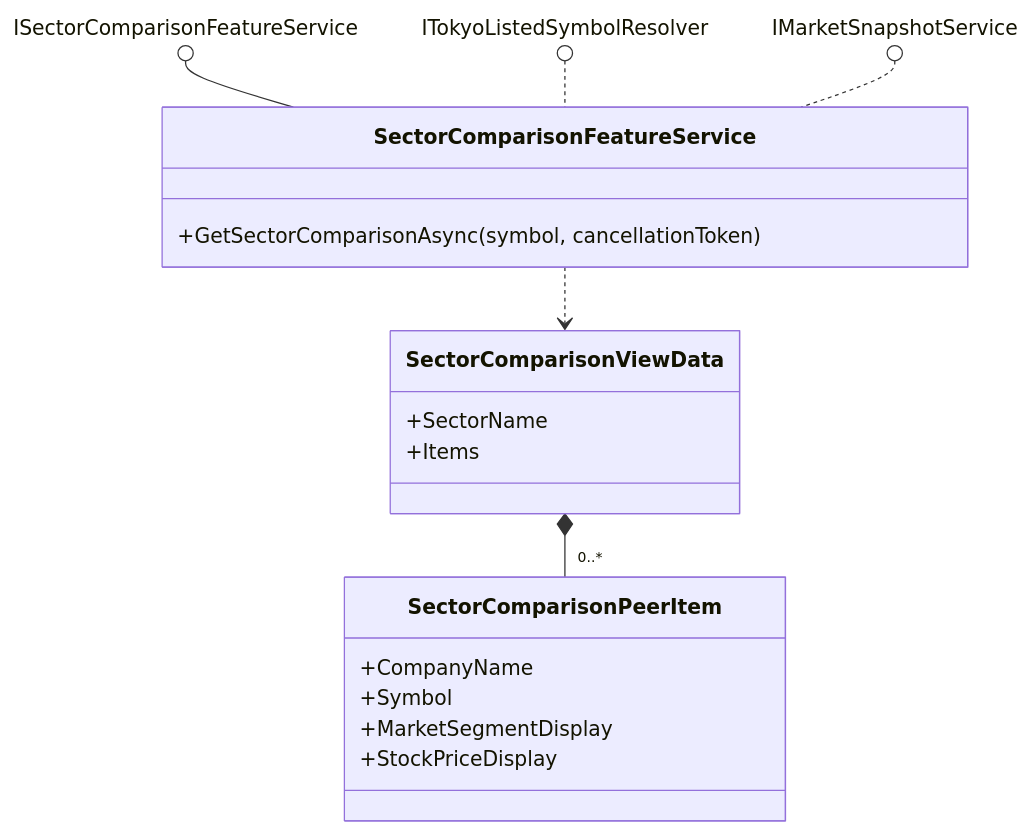
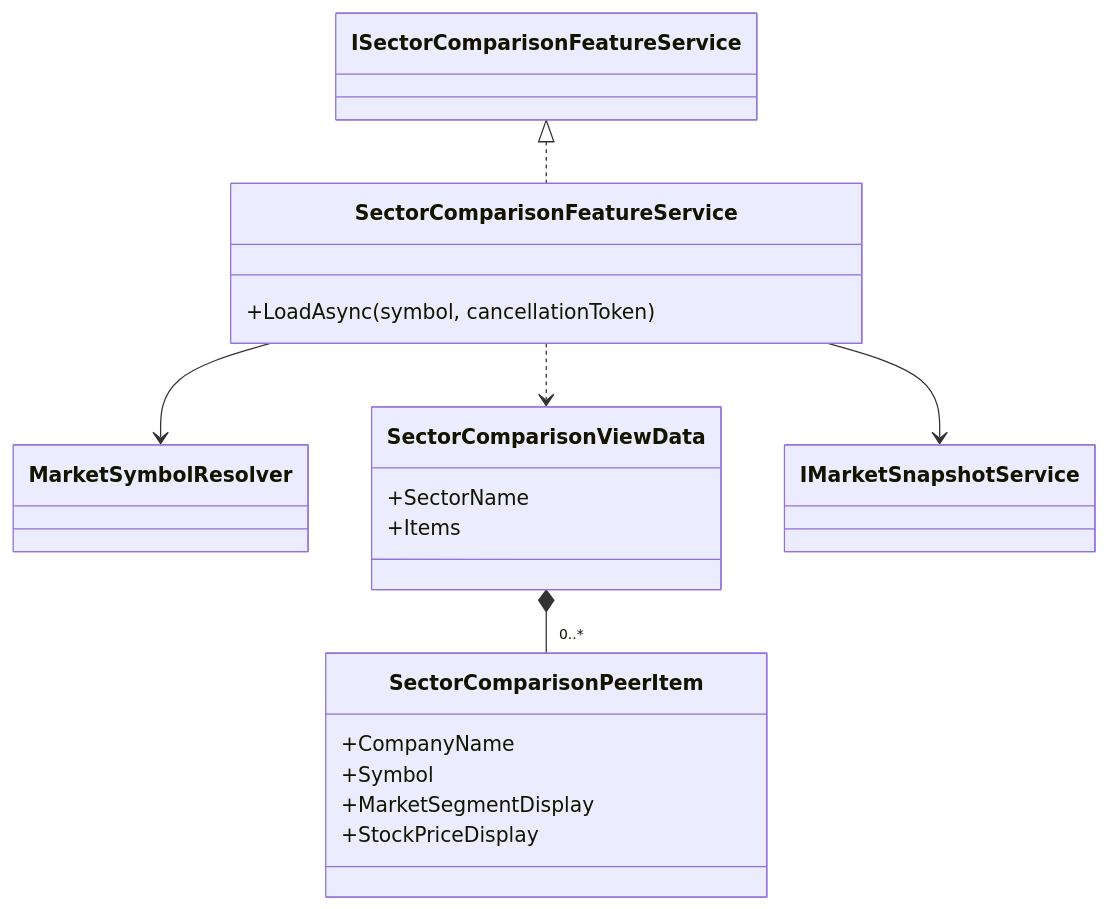
Diagram 17 of 29 in docs/DESIGN.md (yankee2023/market_monitor), drawn with Mermaid before and after one commit. The commit also changed other lines of this file and 9 other files, not shown here.

````diff
--- a/docs/DESIGN.md
+++ b/docs/DESIGN.md
@@ -686,22 +904,23 @@
 ```mermaid
 classDiagram
     class SectorComparisonFeatureService {
-        +GetSectorComparisonAsync(symbol, cancellationToken)
+        +LoadAsync(symbol, cancellationToken)
     }
+    class MarketSymbolResolver
     class SectorComparisonViewData {
         +SectorName
         +Items
     }
     class SectorComparisonPeerItem {
         +CompanyName
         +Symbol
         +MarketSegmentDisplay
         +StockPriceDisplay
     }
 
-    ISectorComparisonFeatureService ()-- SectorComparisonFeatureService
-    ITokyoListedSymbolResolver ().. SectorComparisonFeatureService
-    IMarketSnapshotService ().. SectorComparisonFeatureService
+    ISectorComparisonFeatureService <|.. SectorComparisonFeatureService
+    SectorComparisonFeatureService --> MarketSymbolResolver
+    SectorComparisonFeatureService --> IMarketSnapshotService
     SectorComparisonFeatureService ..> SectorComparisonViewData
     SectorComparisonViewData *-- "0..*" SectorComparisonPeerItem
 ```
````
